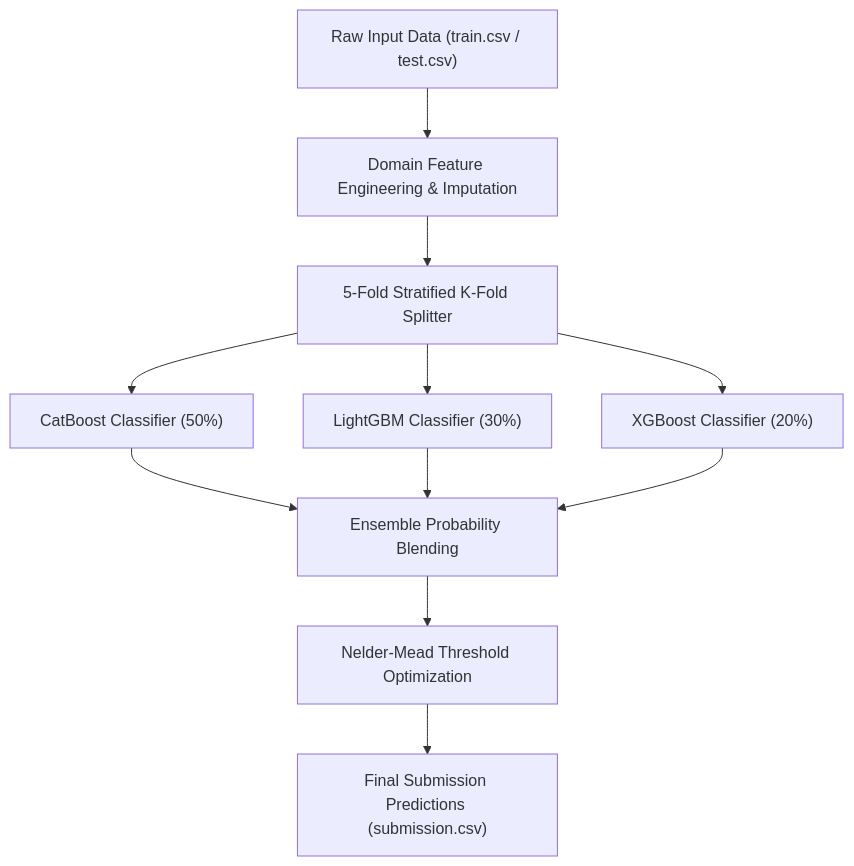
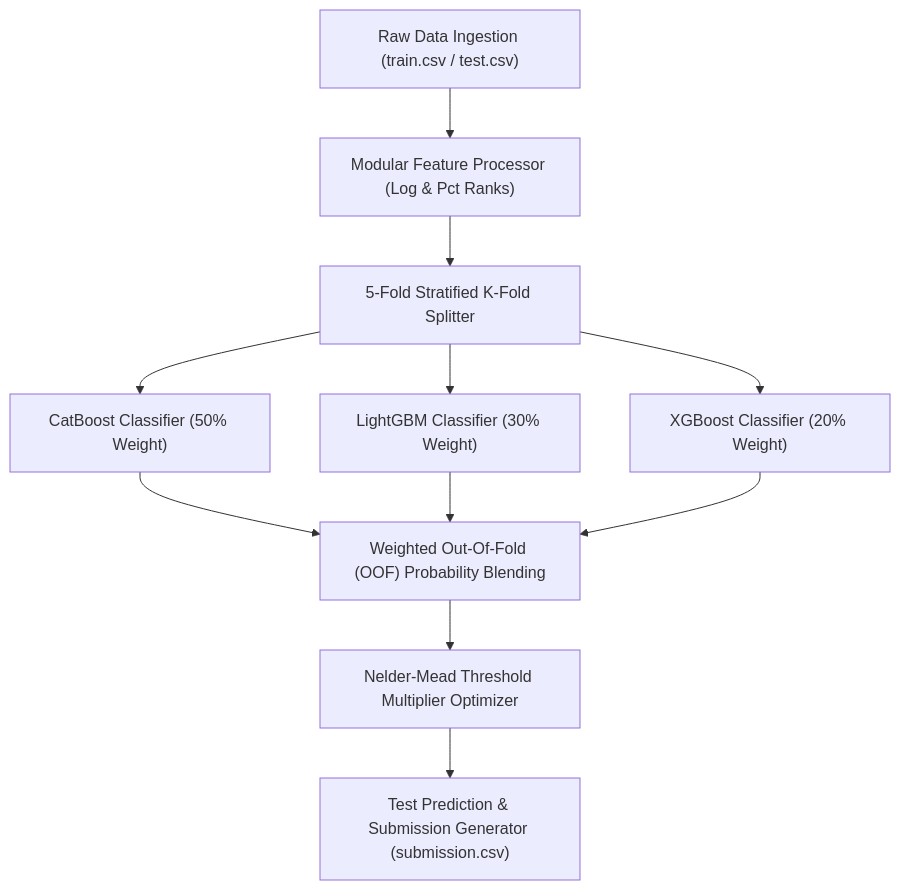
The diagram in README.md (AliAziziDH/playground-series-s6e8), drawn with Mermaid before and after one commit. The commit also changed other lines of this file and 5 other files, not shown here.

````diff
--- a/README.md
+++ b/README.md
@@ -13,13 +14,13 @@
 ```mermaid
 graph TD
-    A["Raw Input Data (train.csv / test.csv)"] --> B["Domain Feature Engineering & Imputation"]
+    A["Raw Data Ingestion (train.csv / test.csv)"] --> B["Modular Feature Processor (Log & Pct Ranks)"]
     B --> C["5-Fold Stratified K-Fold Splitter"]
-    C --> D["CatBoost Classifier (50%)"]
-    C --> E["LightGBM Classifier (30%)"]
-    C --> F["XGBoost Classifier (20%)"]
-    D --> G["Ensemble Probability Blending"]
+    C --> D["CatBoost Classifier (50% Weight)"]
+    C --> E["LightGBM Classifier (30% Weight)"]
+    C --> F["XGBoost Classifier (20% Weight)"]
+    D --> G["Weighted Out-Of-Fold (OOF) Probability Blending"]
     E --> G
     F --> G
-    G --> H["Nelder-Mead Threshold Optimization"]
-    H --> I["Final Submission Predictions (submission.csv)"]
+    G --> H["Nelder-Mead Threshold Multiplier Optimizer"]
+    H --> I["Test Prediction & Submission Generator (submission.csv)"]
 ```
````
